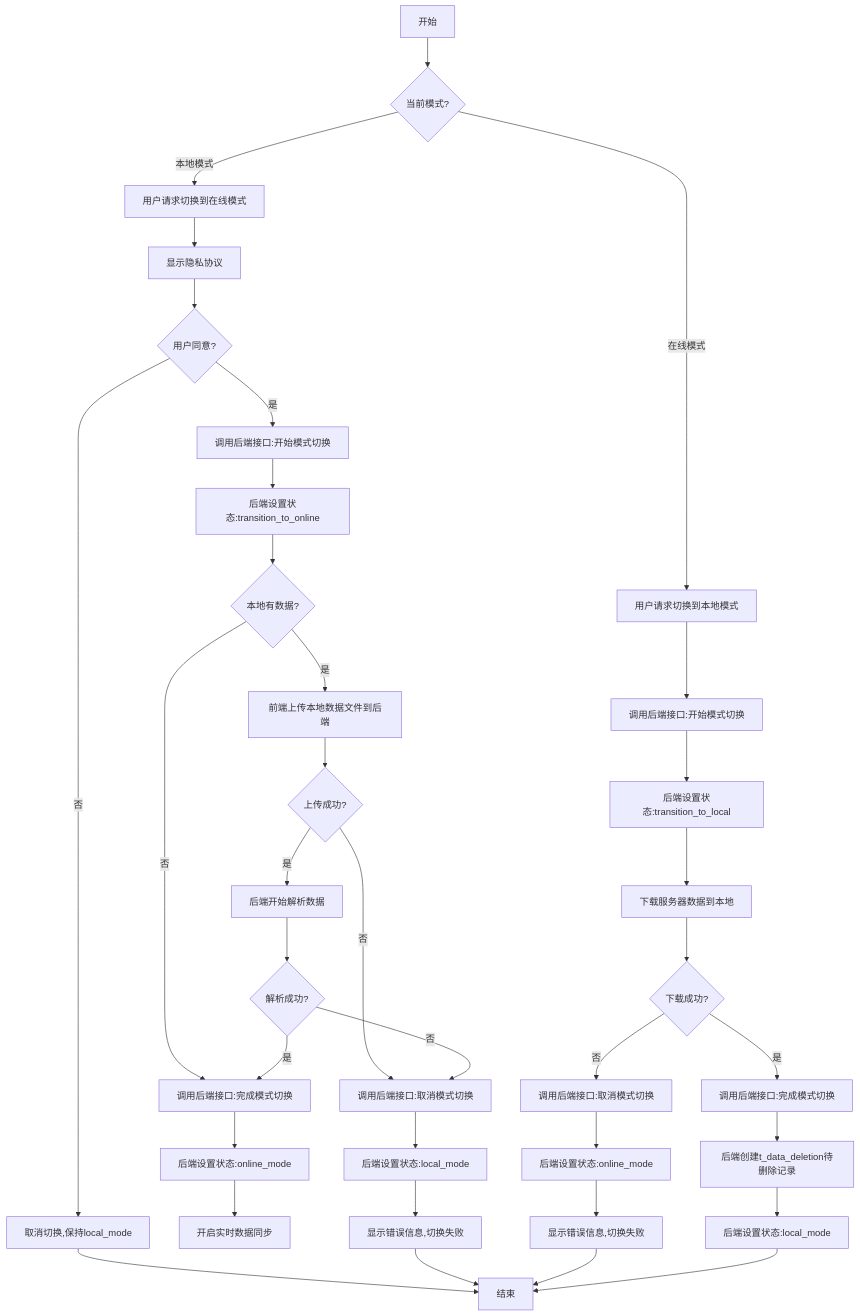
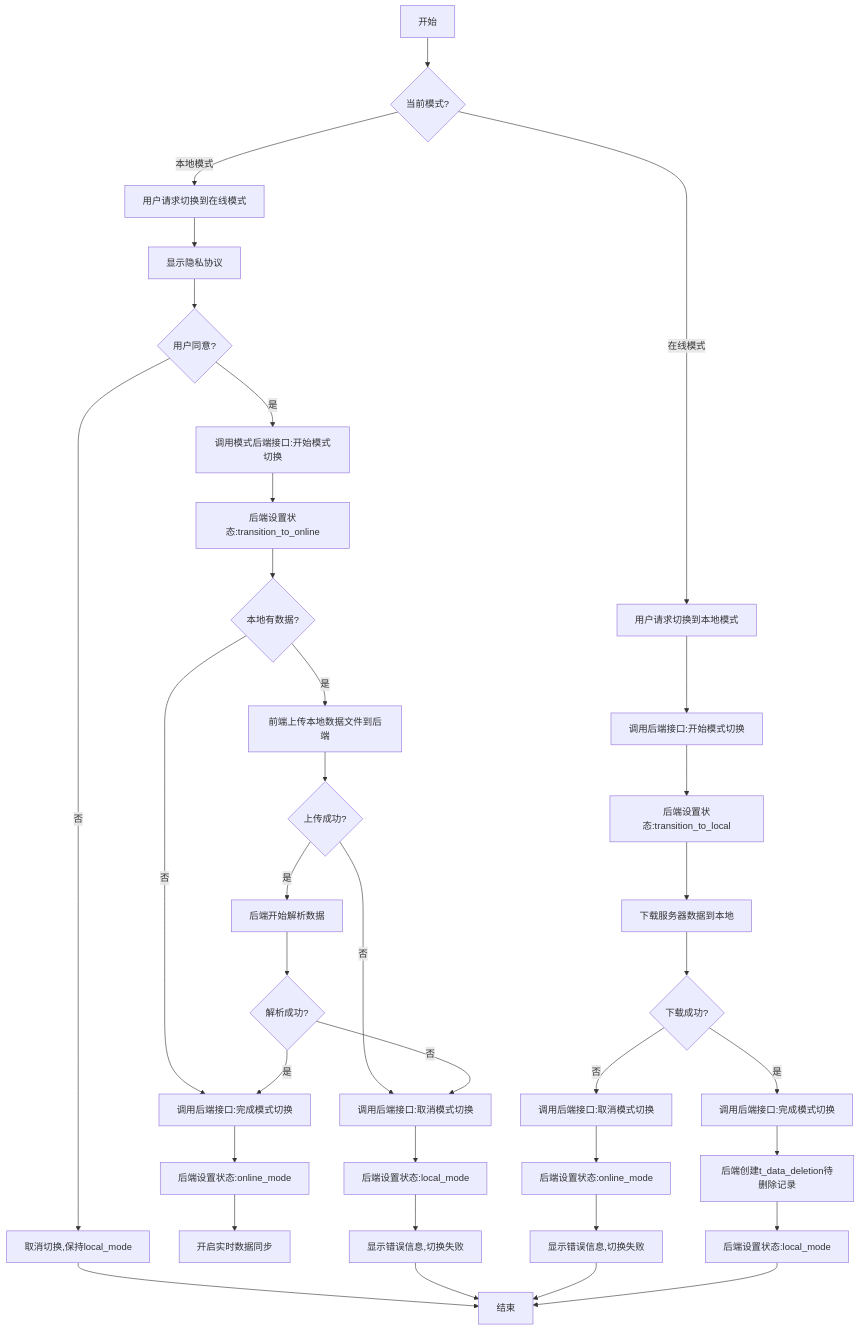
The diagram in all/未命名-58.md (yingjianzh/iodraw-files), drawn with Mermaid before and after one commit.

Commit message:
2025-05-14 10:15:36 update

````diff
--- a/all/未命名-58.md
+++ b/all/未命名-58.md
@@ -1,49 +1,49 @@
 ```mermaid
 flowchart TD
     A[开始] --> B{当前模式?}
     
     B -->|本地模式| C[用户请求切换到在线模式]
     C --> F[显示隐私协议]
     F --> G{用户同意?}
     G -->|否| H[取消切换,保持local_mode]
     H --> Z[结束]
     
-    G -->|是| I[调用后端接口:开始模式切换]
+    G -->|是| I[调用模式后端接口:开始模式切换]
     I --> J[后端设置状态:transition_to_online]
     J --> K{本地有数据?}
     
     K -->|否| L[调用后端接口:完成模式切换]
     L --> M[后端设置状态:online_mode]
     M --> S[开启实时数据同步]
     
     K -->|是| O[前端上传本地数据文件到后端]
     O --> P{上传成功?}
     
     P -->|否| Q[调用后端接口:取消模式切换]
     Q --> R[后端设置状态:local_mode]
     R --> U[显示错误信息,切换失败]
     U --> Z
     
     P -->|是| V[后端开始解析数据]
     V --> W{解析成功?}
     
     W -->|否| Q
     W -->|是| L
     
     B -->|在线模式| T1[用户请求切换到本地模式]
     T1 --> U1[调用后端接口:开始模式切换]
     U1 --> V1[后端设置状态:transition_to_local]
     
     V1 --> X1[下载服务器数据到本地]
     X1 --> Y1{下载成功?}
     
     Y1 -->|否| Z1[调用后端接口:取消模式切换]
     Z1 --> A2[后端设置状态:online_mode]
     A2 --> B2[显示错误信息,切换失败]
     B2 --> Z
     
     Y1 -->|是| C2[调用后端接口:完成模式切换]
     C2 --> D2[后端创建t_data_deletion待删除记录]
     D2 --> E2[后端设置状态:local_mode]
     E2 --> Z
 ```
````
